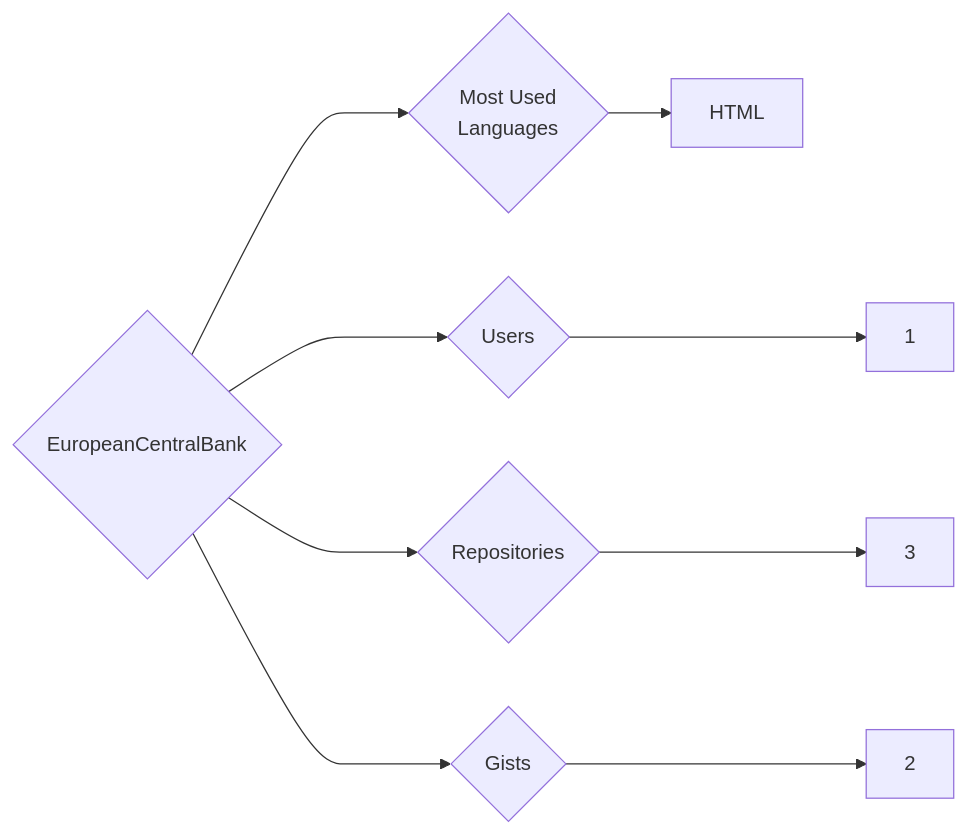
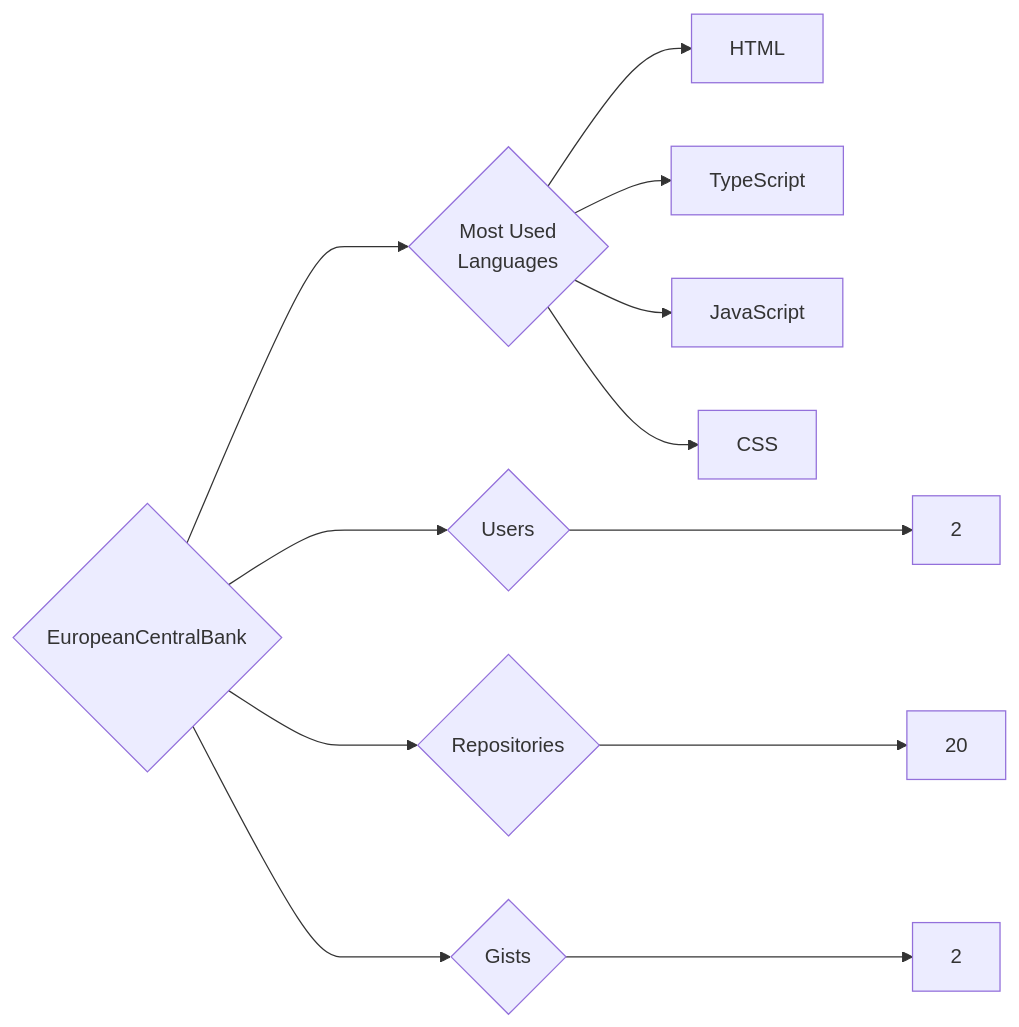
The diagram in targets/EuropeanCentralBank/README.md (trickest/insiders), drawn with Mermaid before and after one commit. The commit also changed 840 other files, not shown here.

````diff
--- a/targets/EuropeanCentralBank/README.md
+++ b/targets/EuropeanCentralBank/README.md
@@ -3,9 +3,12 @@
 ```mermaid
 graph LR
 COMPANY_NAME{EuropeanCentralBank}
-COMPANY_NAME ---> U{Users} ---> UN[1]
-COMPANY_NAME ---> R{Repositories} ---> RN[3]
+COMPANY_NAME ---> U{Users} ---> UN[2]
+COMPANY_NAME ---> R{Repositories} ---> RN[20]
 COMPANY_NAME ---> G{Gists} ---> GN[2]
 COMPANY_NAME ---> ML{Most Used<br>Languages}
 ML --> HTML[HTML]
+ML --> TypeScript[TypeScript]
+ML --> JavaScript[JavaScript]
+ML --> CSS[CSS]
 ```
````
